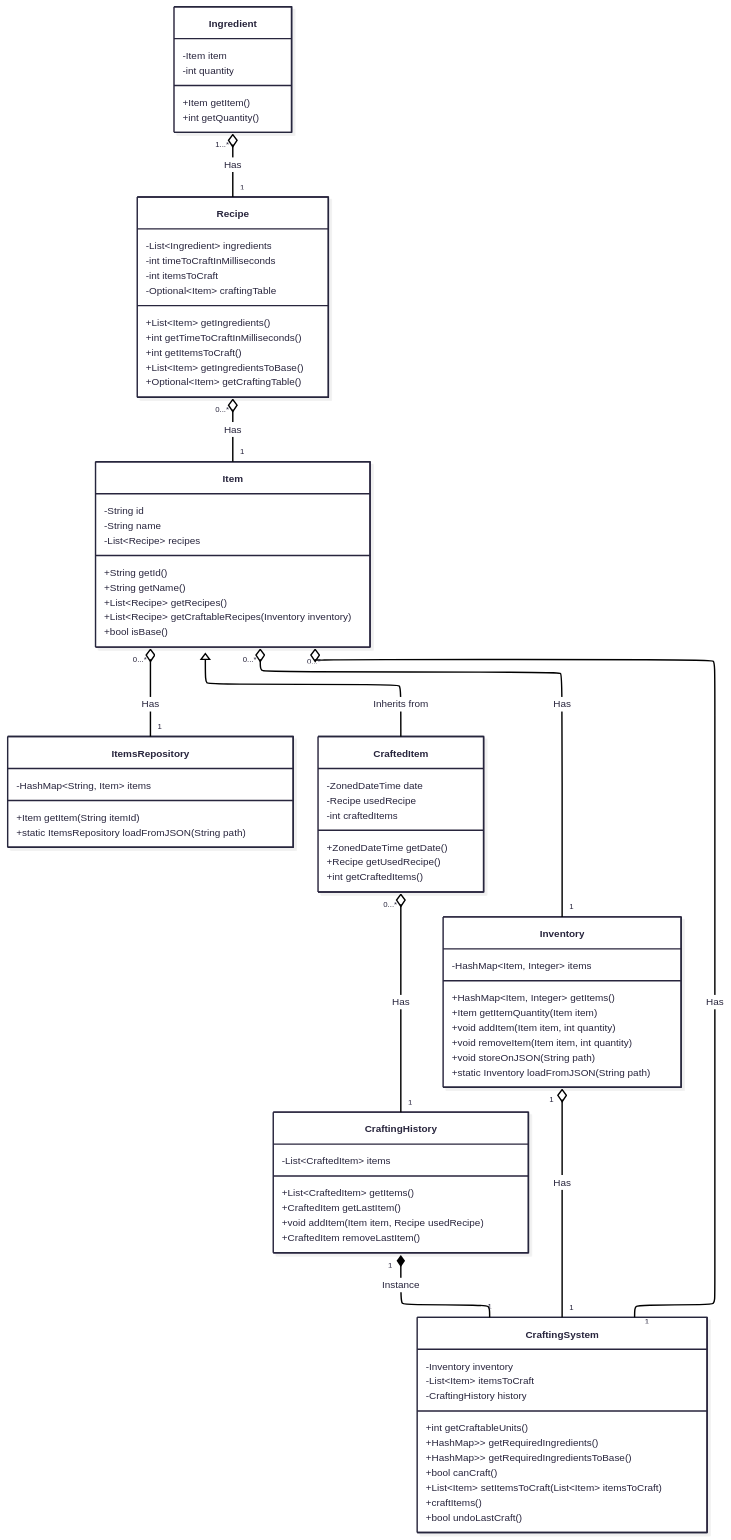
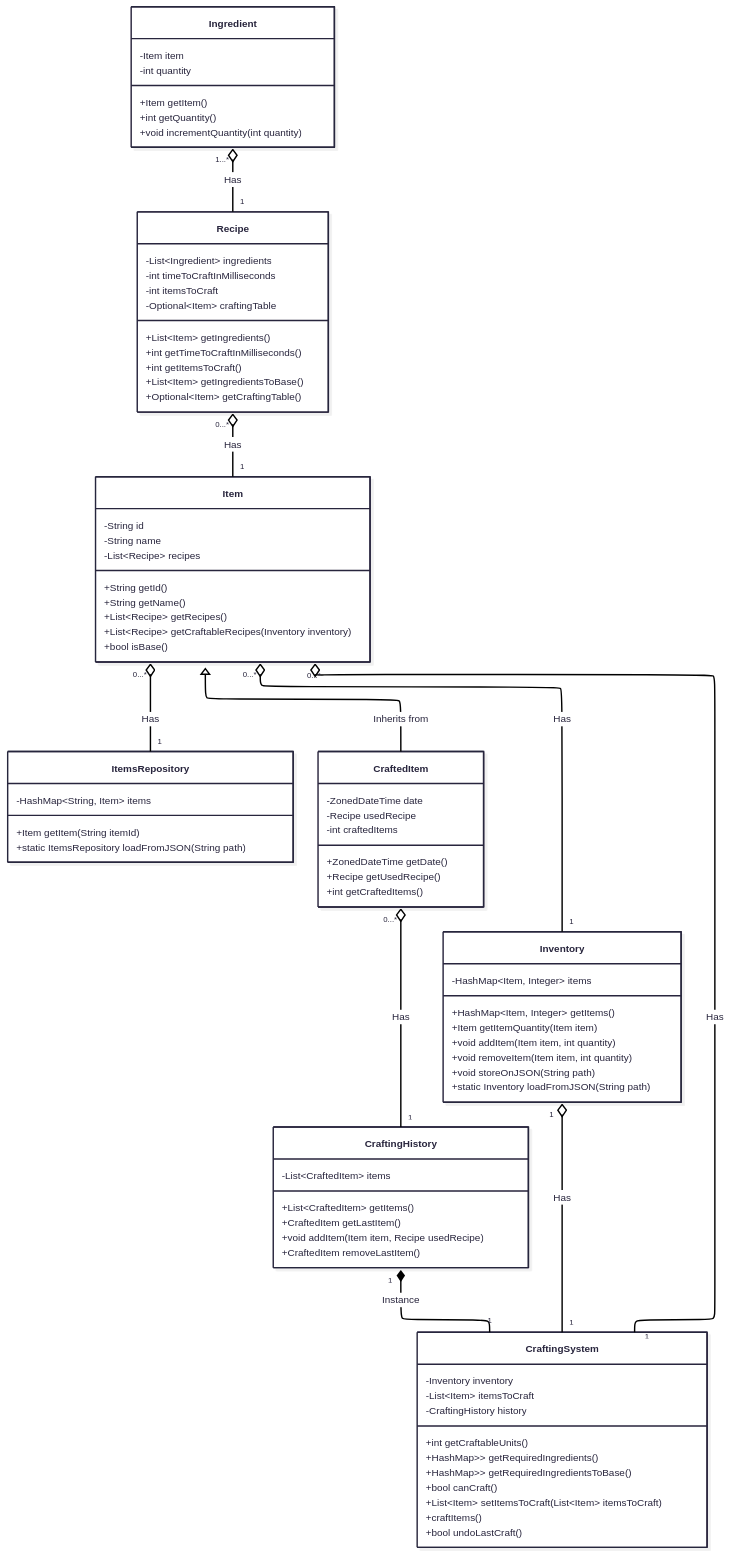
Before and after one commit to hozlucas28/Java-Practical-Work-2025: the first of 2 diagrams in README.md, drawn with Mermaid. The commit also changed 1 other file, not shown here.

Commit message:
feature(Ingredient): add `incrementQuantity` method

```diff
--- a/README.md
+++ b/README.md
@@ -163,6 +163,7 @@
 
 	    +Item getItem()
 	    +int getQuantity()
+        +void incrementQuantity(int quantity)
     }
 
     class CraftingSystem {
```
